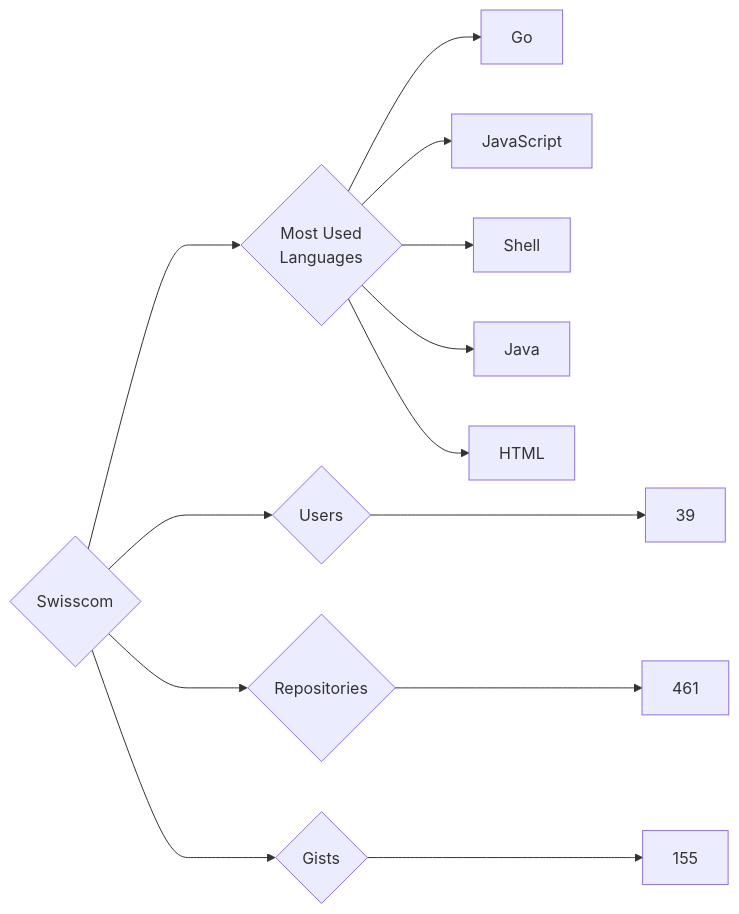
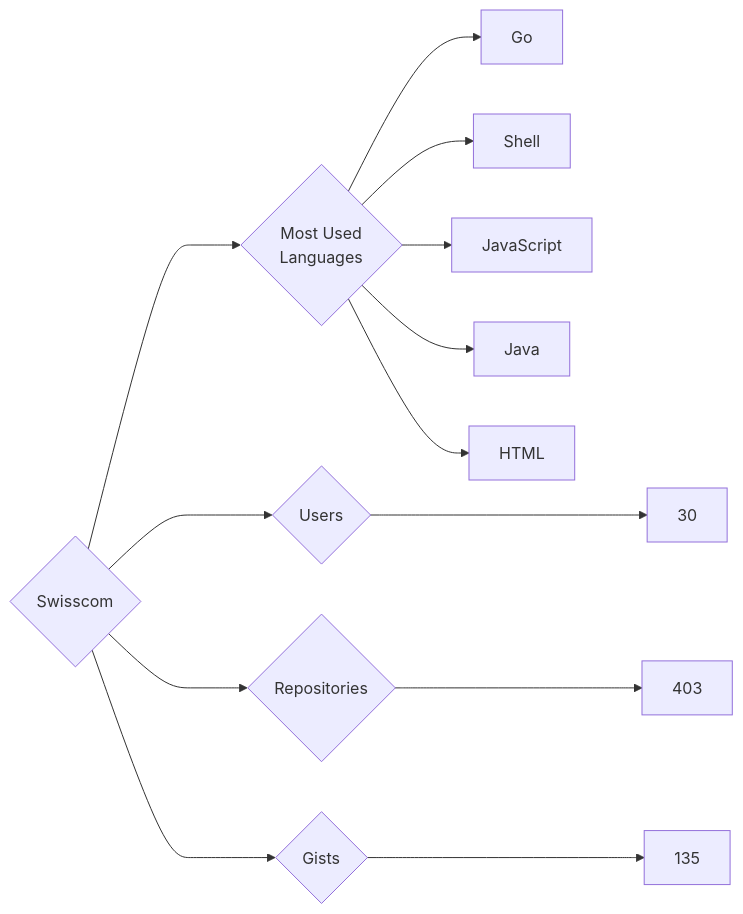
The diagram in targets/Swisscom/README.md (trickest/insiders), drawn with Mermaid before and after one commit. The commit also changed 928 other files, not shown here.

````diff
--- a/targets/Swisscom/README.md
+++ b/targets/Swisscom/README.md
@@ -3,13 +3,13 @@
 ```mermaid
 graph LR
 COMPANY_NAME{Swisscom}
-COMPANY_NAME ---> U{Users} ---> UN[39]
-COMPANY_NAME ---> R{Repositories} ---> RN[461]
-COMPANY_NAME ---> G{Gists} ---> GN[155]
+COMPANY_NAME ---> U{Users} ---> UN[30]
+COMPANY_NAME ---> R{Repositories} ---> RN[403]
+COMPANY_NAME ---> G{Gists} ---> GN[135]
 COMPANY_NAME ---> ML{Most Used<br>Languages}
 ML --> Go[Go]
+ML --> Shell[Shell]
 ML --> JavaScript[JavaScript]
-ML --> Shell[Shell]
 ML --> Java[Java]
 ML --> HTML[HTML]
 ```
````
